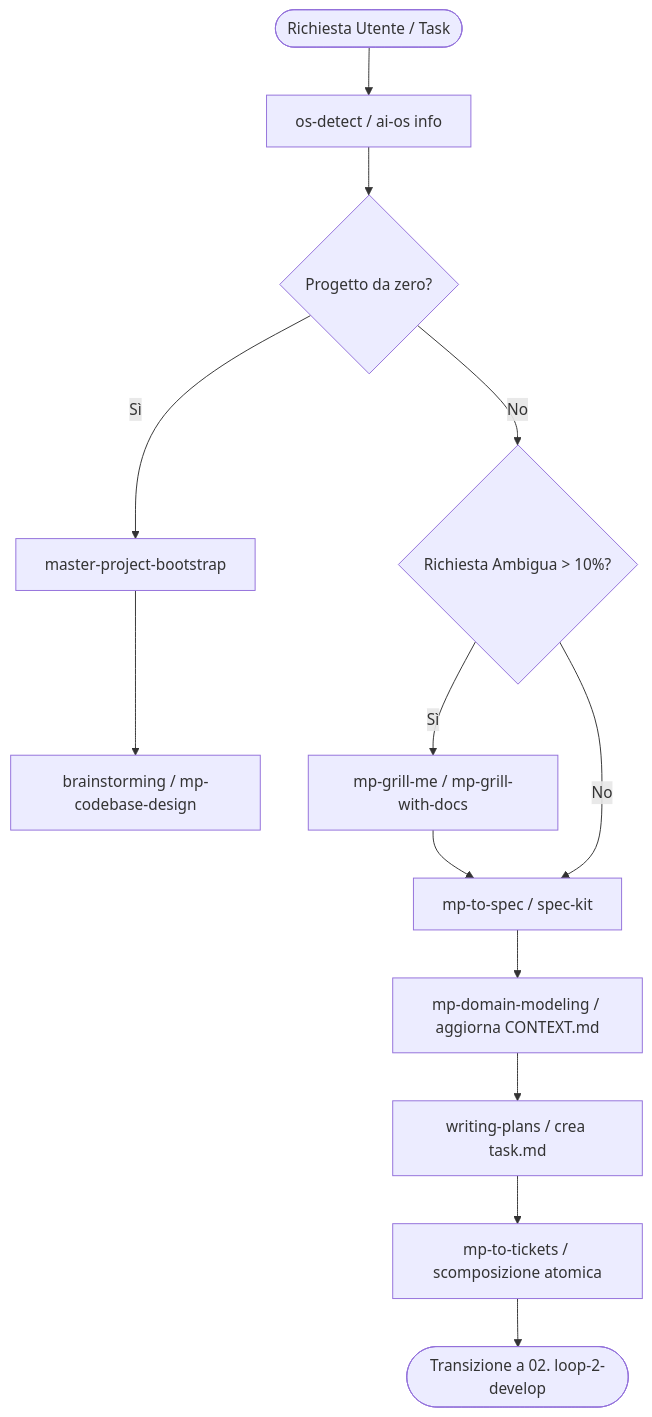
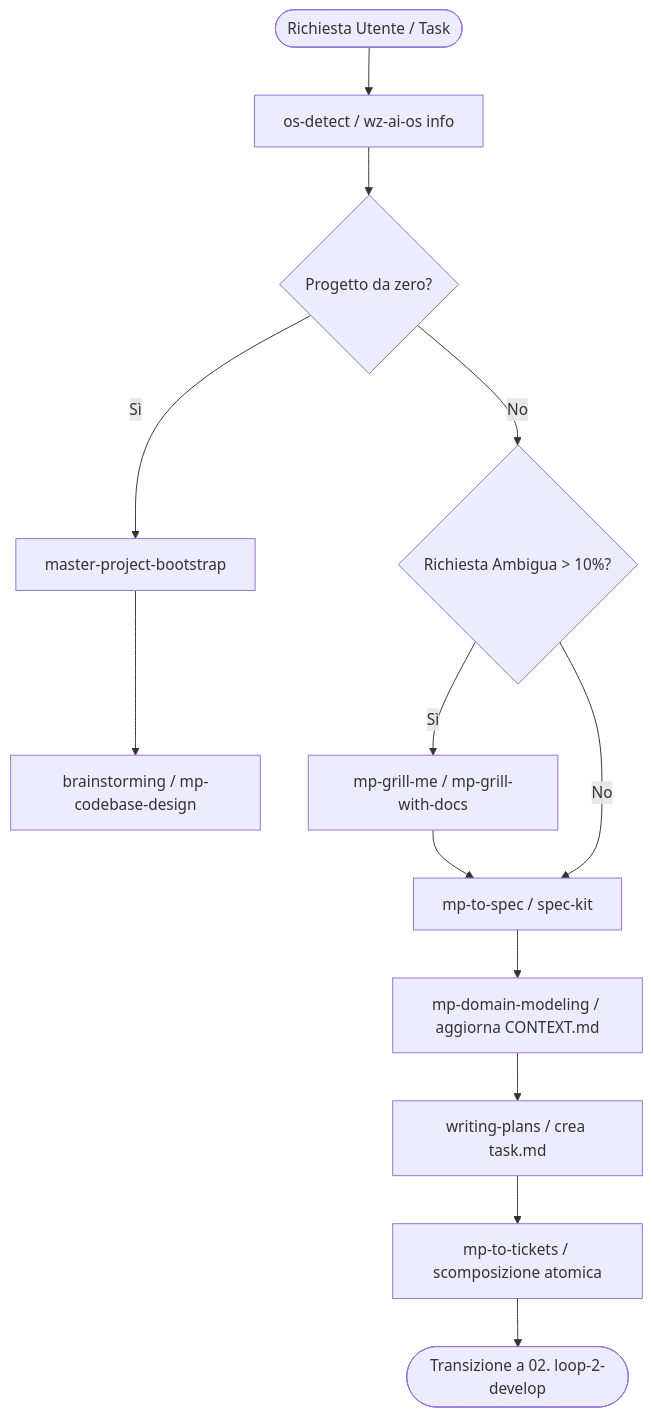
Before and after one commit to darkrei08/Wizard-AI: the diagram in skills/misc/loop-1-plan/SKILL.md, drawn with Mermaid. The commit also changed other lines of this file and 206 other files, not shown here.

````diff
--- a/skills/misc/loop-1-plan/SKILL.md
+++ b/skills/misc/loop-1-plan/SKILL.md
@@ -67,18 +67,18 @@
 ```mermaid
 graph TD
-    Start([Richiesta Utente / Task]) --> CheckOS[os-detect / ai-os info]
+    Start([Richiesta Utente / Task]) --> CheckOS[os-detect / wz-ai-os info]
     CheckOS --> IsNew{Progetto da zero?}
     IsNew -- Sì --> Bootstrap[master-project-bootstrap]
     IsNew -- No --> IsAmbig{Richiesta Ambigua > 10%?}
     
     Bootstrap --> Brain[brainstorming / mp-codebase-design]
     
     IsAmbig -- Sì --> GrillCh[mp-grill-me / mp-grill-with-docs]
     GrillCh --> Spec[mp-to-spec / spec-kit]
     IsAmbig -- No --> Spec
     
     Spec --> Domain[mp-domain-modeling / aggiorna CONTEXT.md]
     Domain --> Plan[writing-plans / crea task.md]
     Plan --> Tickets[mp-to-tickets / scomposizione atomica]
     Tickets --> Handoff([Transizione a 02. loop-2-develop])
 ```
````
